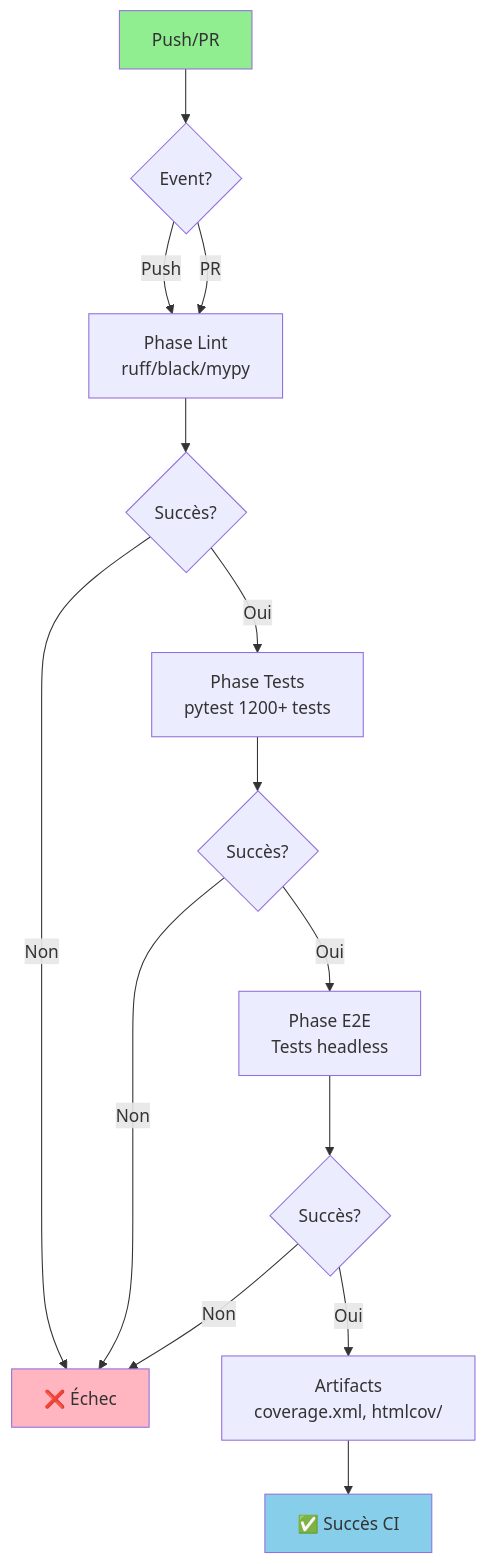
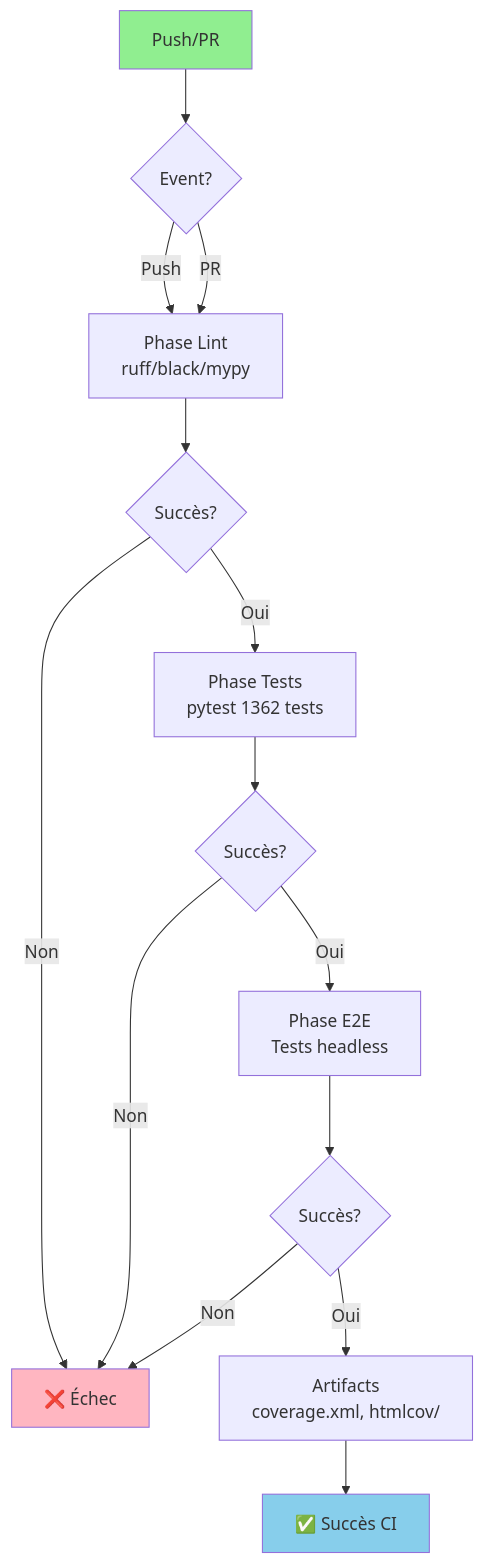
One commit to arkalia-luna-system/bbia-sim changed the first of 2 diagrams in docs/deployment/PIPELINE_CI.md. Above: the diagram before and after it, drawn with Mermaid. The commit also changed other lines of this file and 5 other files, not shown here.

````diff
--- a/docs/deployment/PIPELINE_CI.md
+++ b/docs/deployment/PIPELINE_CI.md
@@ -20,25 +20,25 @@
 ```mermaid
 flowchart TB
     START[Push/PR] --> TRIGGER{Event?}
     
     TRIGGER -->|Push| LINT[Phase Lint<br/>ruff/black/mypy]
     TRIGGER -->|PR| LINT
     
     LINT --> LINT_OK{Succès?}
-    LINT_OK -->|Oui| TESTS[Phase Tests<br/>pytest 1200+ tests]
+    LINT_OK -->|Oui| TESTS[Phase Tests<br/>pytest 1362 tests]
     LINT_OK -->|Non| FAIL[❌ Échec]
     
     TESTS --> TESTS_OK{Succès?}
     TESTS_OK -->|Oui| E2E[Phase E2E<br/>Tests headless]
     TESTS_OK -->|Non| FAIL
     
     E2E --> E2E_OK{Succès?}
     E2E_OK -->|Oui| ARTIFACTS[Artifacts<br/>coverage.xml, htmlcov/]
     E2E_OK -->|Non| FAIL
     
     ARTIFACTS --> SUCCESS[✅ Succès CI]
     
     style START fill:#90EE90
     style SUCCESS fill:#87CEEB
     style FAIL fill:#FFB6C1
 ```
````
